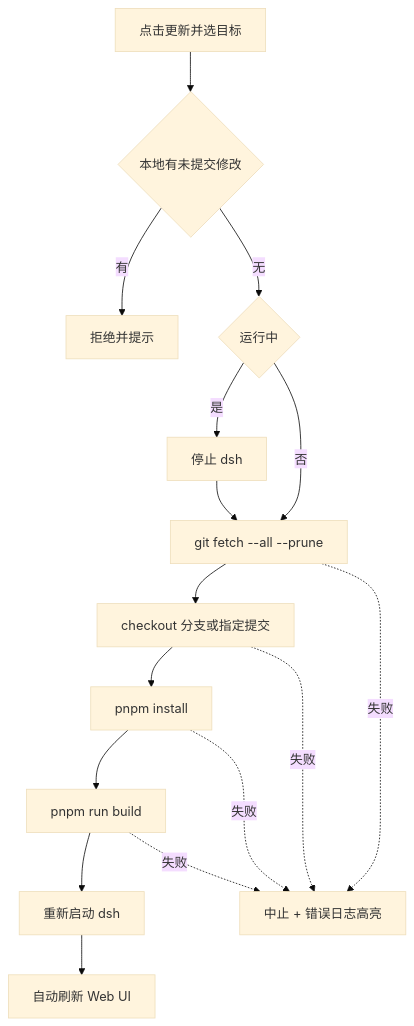
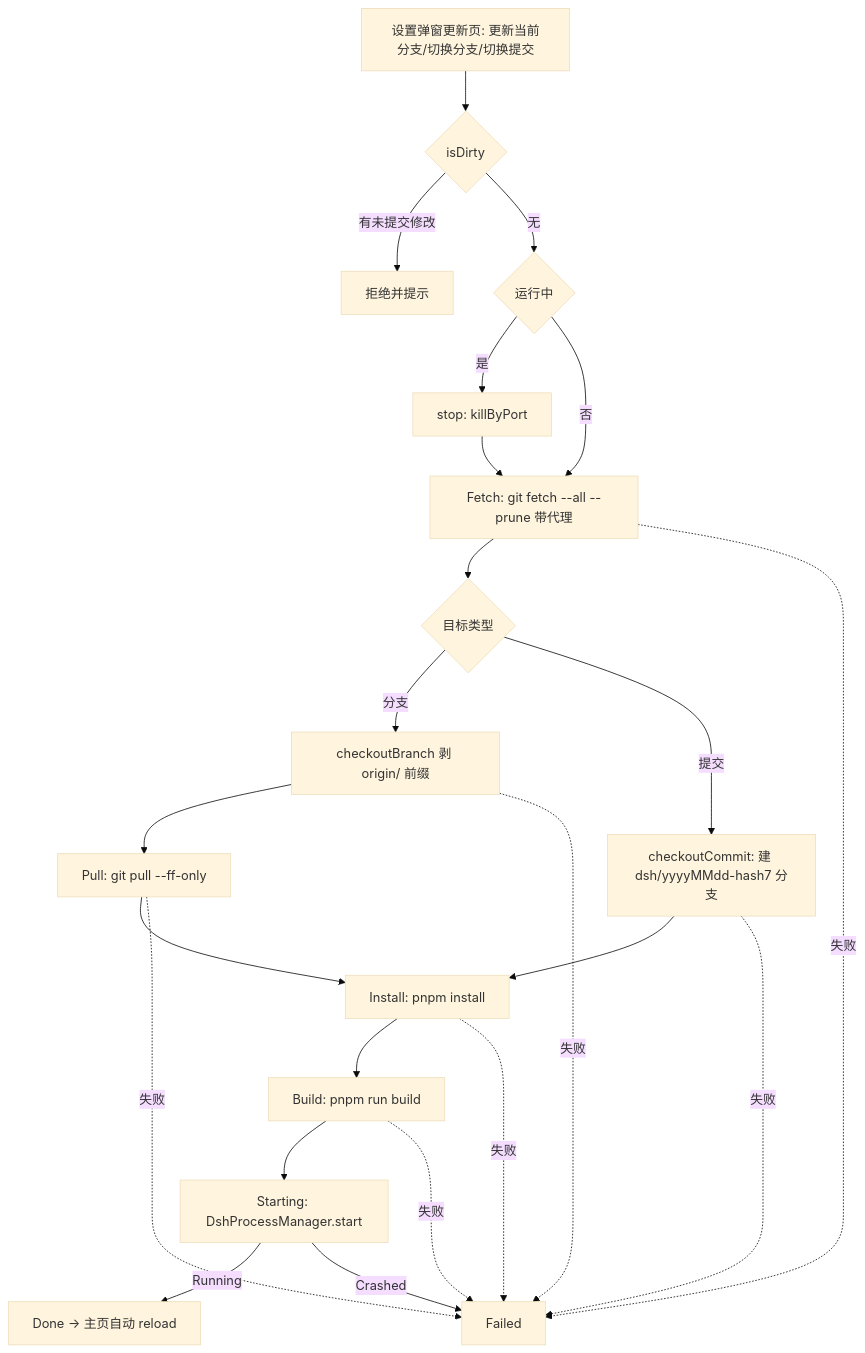
One commit to Cowenzuo/deepseek-harness-in-qt changed the third of 3 diagrams in docs/implementation.md. Above: the diagram before and after it, drawn with Mermaid (base theme). The commit also changed other lines of this file and 9 other files, not shown here.

````diff
--- a/docs/implementation.md
+++ b/docs/implementation.md
@@ -154,18 +235,25 @@
 ```mermaid
 flowchart TD
-    A[点击更新并选目标] --> B{本地有未提交修改}
-    B -->|有| C[拒绝并提示]
+    A[设置弹窗更新页: 更新当前分支/切换分支/切换提交] --> B{isDirty}
+    B -->|有未提交修改| C[拒绝并提示]
     B -->|无| D{运行中}
-    D -->|是| E[停止 dsh]
+    D -->|是| E[stop: killByPort]
     D -->|否| F
-    E --> F[git fetch --all --prune]
-    F --> G[checkout 分支或指定提交]
-    G --> H[pnpm install]
-    H --> I[pnpm run build]
-    I --> J[重新启动 dsh]
-    J --> K[自动刷新 Web UI]
-    F -.失败.-> X[中止 + 错误日志高亮]
-    G -.失败.-> X
-    H -.失败.-> X
-    I -.失败.-> X
+    E --> F[Fetch: git fetch --all --prune 带代理]
+    F --> G{目标类型}
+    G -->|分支| H[checkoutBranch 剥 origin/ 前缀]
+    G -->|提交| I[checkoutCommit: 建 dsh/yyyyMMdd-hash7 分支]
+    H --> J[Pull: git pull --ff-only]
+    I --> K[Install: pnpm install]
+    J --> K
+    K --> L[Build: pnpm run build]
+    L --> M[Starting: DshProcessManager.start]
+    M -->|Running| N[Done → 主页自动 reload]
+    M -->|Crashed| O[Failed]
+    F -.失败.-> O
+    H -.失败.-> O
+    I -.失败.-> O
+    J -.失败.-> O
+    K -.失败.-> O
+    L -.失败.-> O
 ```
````
